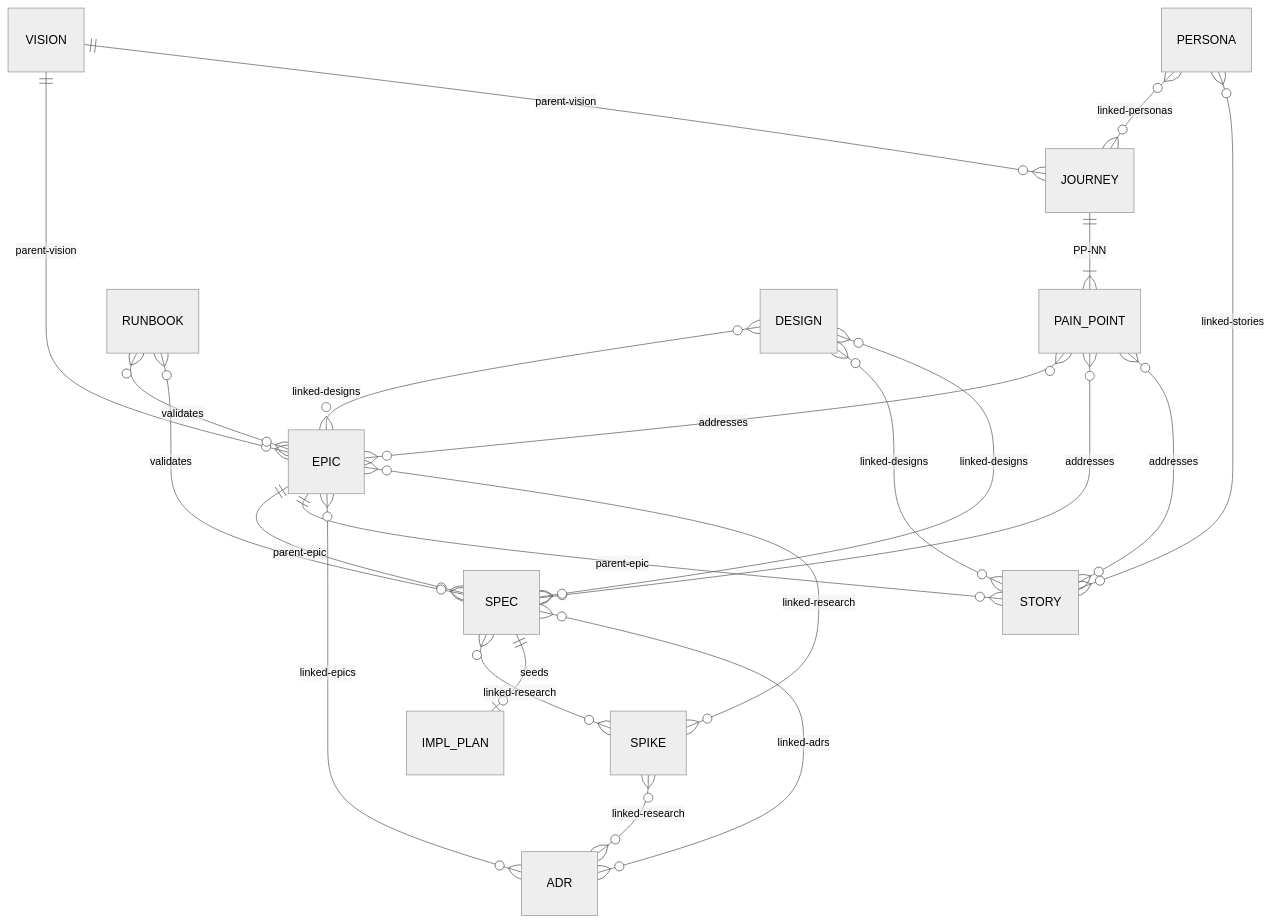
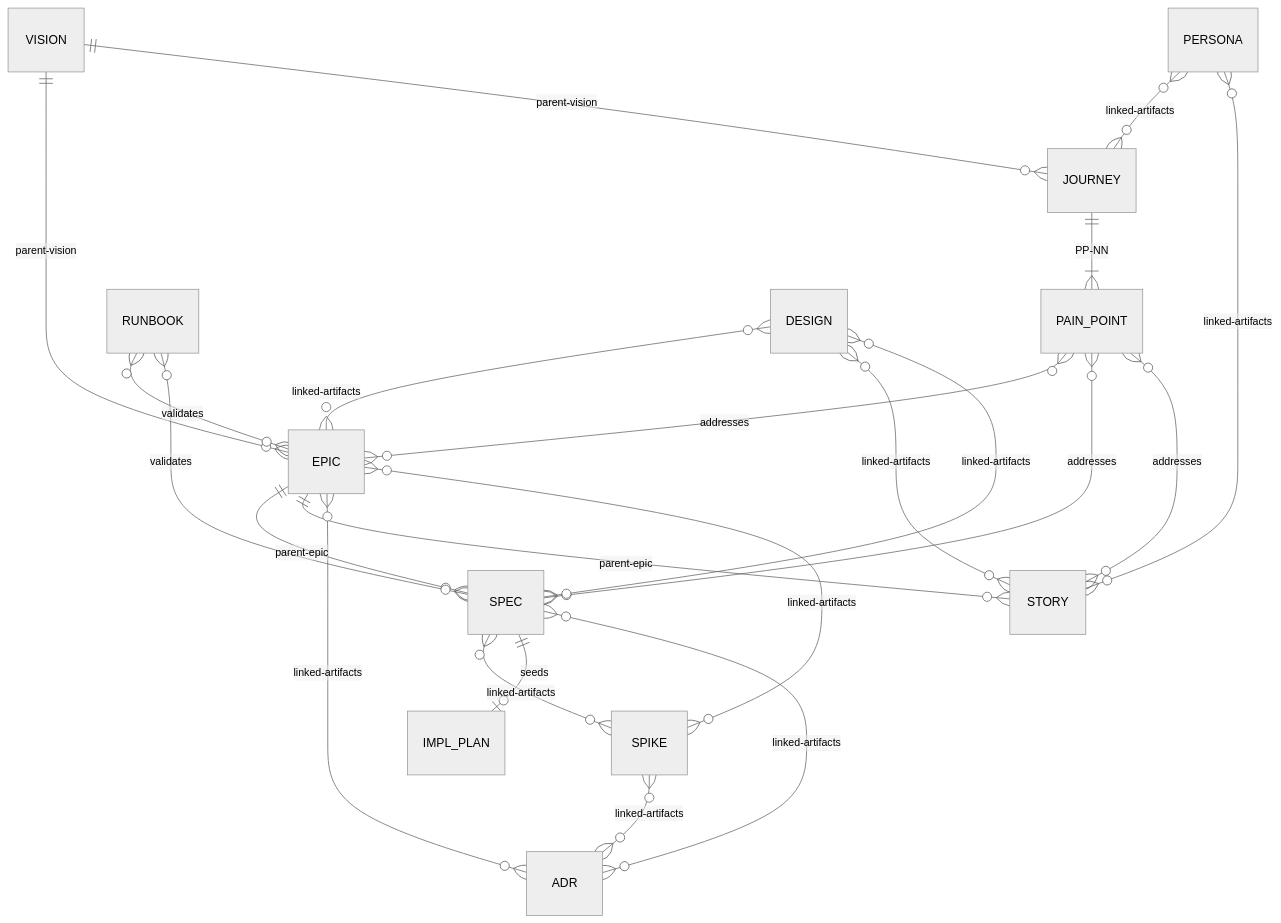
One commit to cristoslc/swain changed the diagram in skills/swain-design/references/relationship-model.md. Above: the diagram before and after it, drawn with Mermaid (neutral theme). The commit also changed other lines of this file and 71 other files, not shown here.

````diff
--- a/skills/swain-design/references/relationship-model.md
+++ b/skills/swain-design/references/relationship-model.md
@@ -3,24 +3,24 @@
 ```mermaid
 erDiagram
     VISION ||--o{ EPIC : "parent-vision"
     VISION ||--o{ JOURNEY : "parent-vision"
     EPIC ||--o{ SPEC : "parent-epic"
     EPIC ||--o{ STORY : "parent-epic"
     JOURNEY ||--|{ PAIN_POINT : "PP-NN"
     PAIN_POINT }o--o{ EPIC : "addresses"
     PAIN_POINT }o--o{ SPEC : "addresses"
     PAIN_POINT }o--o{ STORY : "addresses"
-    PERSONA }o--o{ JOURNEY : "linked-personas"
-    PERSONA }o--o{ STORY : "linked-stories"
-    ADR }o--o{ SPEC : "linked-adrs"
-    ADR }o--o{ EPIC : "linked-epics"
-    SPEC }o--o{ SPIKE : "linked-research"
+    PERSONA }o--o{ JOURNEY : "linked-artifacts"
+    PERSONA }o--o{ STORY : "linked-artifacts"
+    ADR }o--o{ SPEC : "linked-artifacts"
+    ADR }o--o{ EPIC : "linked-artifacts"
+    SPEC }o--o{ SPIKE : "linked-artifacts"
     SPEC ||--o| IMPL_PLAN : "seeds"
     RUNBOOK }o--o{ EPIC : "validates"
     RUNBOOK }o--o{ SPEC : "validates"
-    SPIKE }o--o{ ADR : "linked-research"
-    SPIKE }o--o{ EPIC : "linked-research"
-    DESIGN }o--o{ EPIC : "linked-designs"
-    DESIGN }o--o{ STORY : "linked-designs"
-    DESIGN }o--o{ SPEC : "linked-designs"
+    SPIKE }o--o{ ADR : "linked-artifacts"
+    SPIKE }o--o{ EPIC : "linked-artifacts"
+    DESIGN }o--o{ EPIC : "linked-artifacts"
+    DESIGN }o--o{ STORY : "linked-artifacts"
+    DESIGN }o--o{ SPEC : "linked-artifacts"
 ```
````
